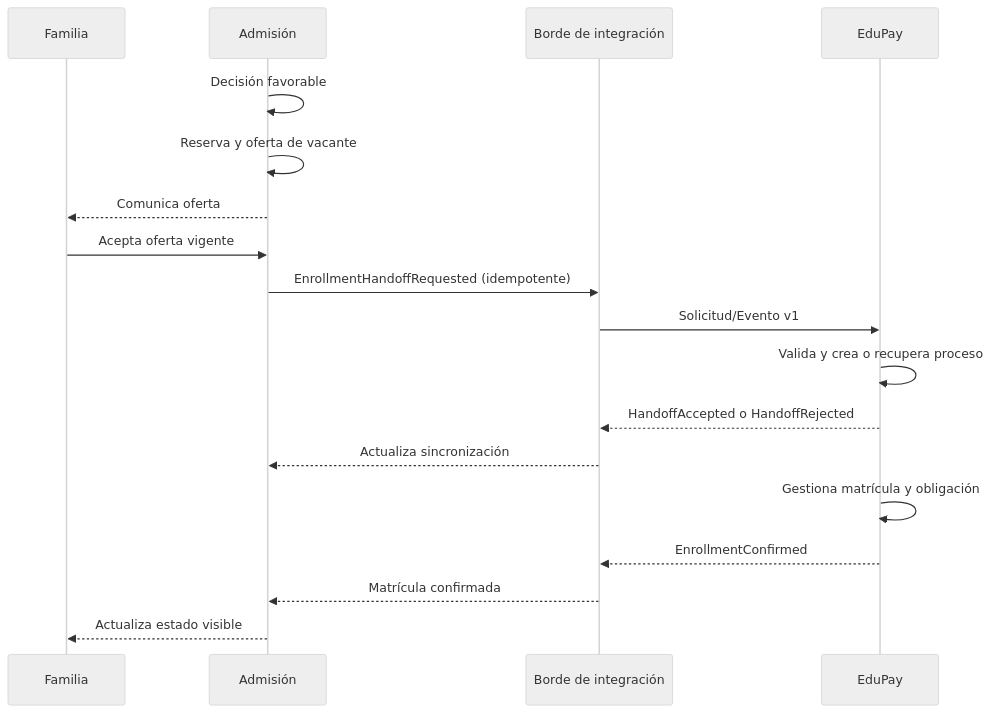
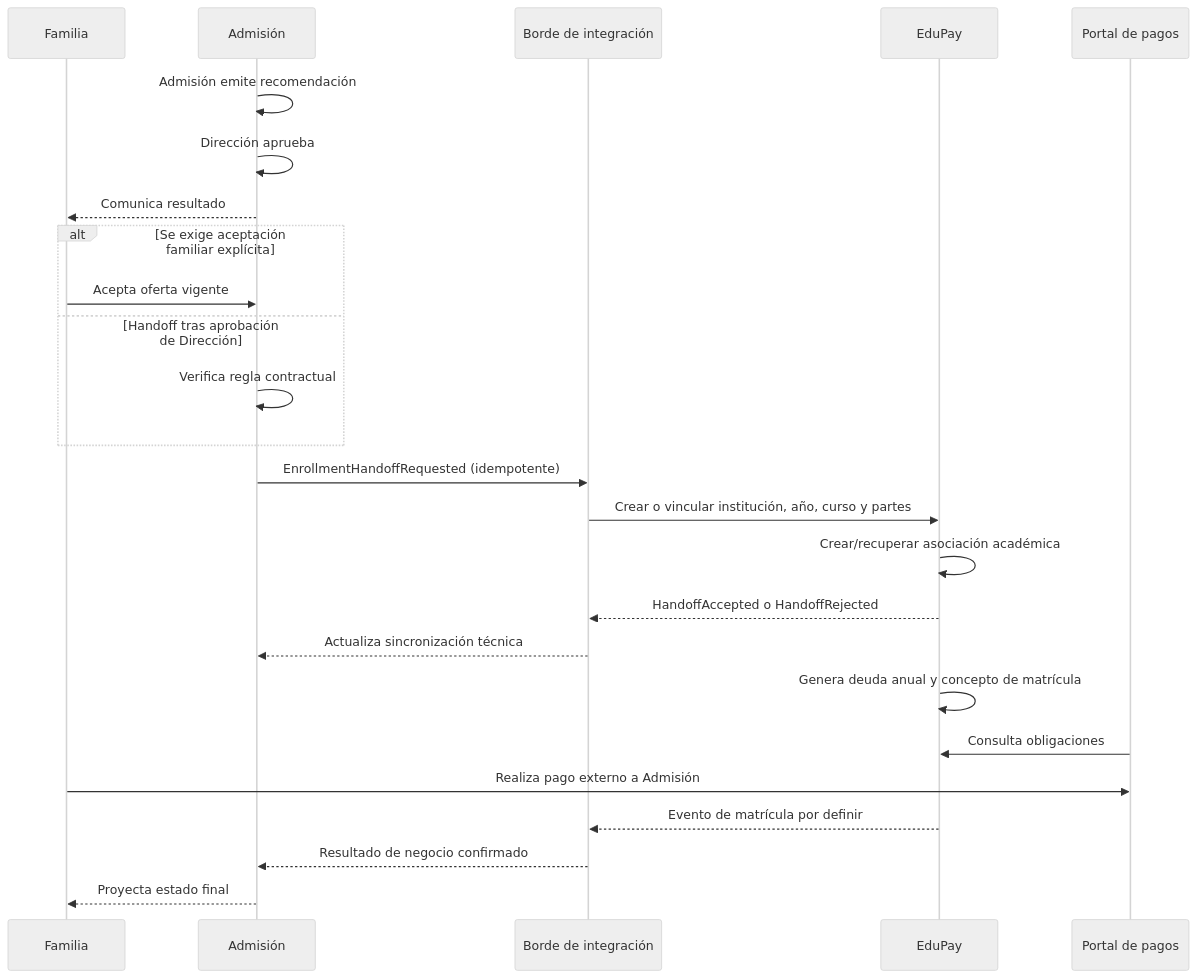
The diagram in docs/07-edupay-integration-boundary.md (Sherydans12/Admision-Edupay), drawn with Mermaid (neutral theme) before and after one commit. The commit also changed other lines of this file and 14 other files, not shown here.

````diff
--- a/docs/07-edupay-integration-boundary.md
+++ b/docs/07-edupay-integration-boundary.md
@@ -44,21 +70,28 @@
 ```mermaid
 sequenceDiagram
     participant Family as Familia
     participant Admission as Admisión
     participant Bridge as Borde de integración
     participant EduPay as EduPay
+    participant Payments as Portal de pagos
 
-    Admission->>Admission: Decisión favorable
-    Admission->>Admission: Reserva y oferta de vacante
-    Admission-->>Family: Comunica oferta
-    Family->>Admission: Acepta oferta vigente
+    Admission->>Admission: Admisión emite recomendación
+    Admission->>Admission: Dirección aprueba
+    Admission-->>Family: Comunica resultado
+    alt Se exige aceptación familiar explícita
+        Family->>Admission: Acepta oferta vigente
+    else Handoff tras aprobación de Dirección
+        Admission->>Admission: Verifica regla contractual
+    end
     Admission->>Bridge: EnrollmentHandoffRequested (idempotente)
-    Bridge->>EduPay: Solicitud/Evento v1
-    EduPay->>EduPay: Valida y crea o recupera proceso
+    Bridge->>EduPay: Crear o vincular institución, año, curso y partes
+    EduPay->>EduPay: Crear/recuperar asociación académica
     EduPay-->>Bridge: HandoffAccepted o HandoffRejected
-    Bridge-->>Admission: Actualiza sincronización
-    EduPay->>EduPay: Gestiona matrícula y obligación
-    EduPay-->>Bridge: EnrollmentConfirmed
-    Bridge-->>Admission: Matrícula confirmada
-    Admission-->>Family: Actualiza estado visible
+    Bridge-->>Admission: Actualiza sincronización técnica
+    EduPay->>EduPay: Genera deuda anual y concepto de matrícula
+    Payments->>EduPay: Consulta obligaciones
+    Family->>Payments: Realiza pago externo a Admisión
+    EduPay-->>Bridge: Evento de matrícula por definir
+    Bridge-->>Admission: Resultado de negocio confirmado
+    Admission-->>Family: Proyecta estado final
 ```
````
